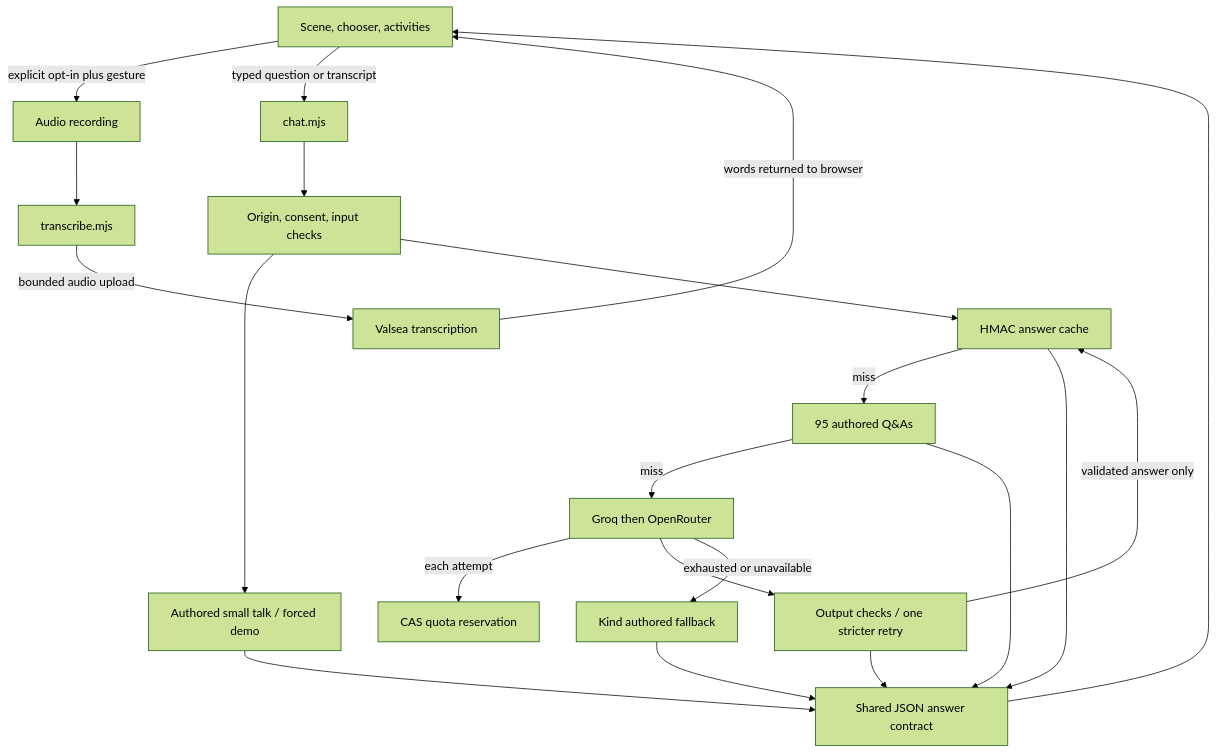
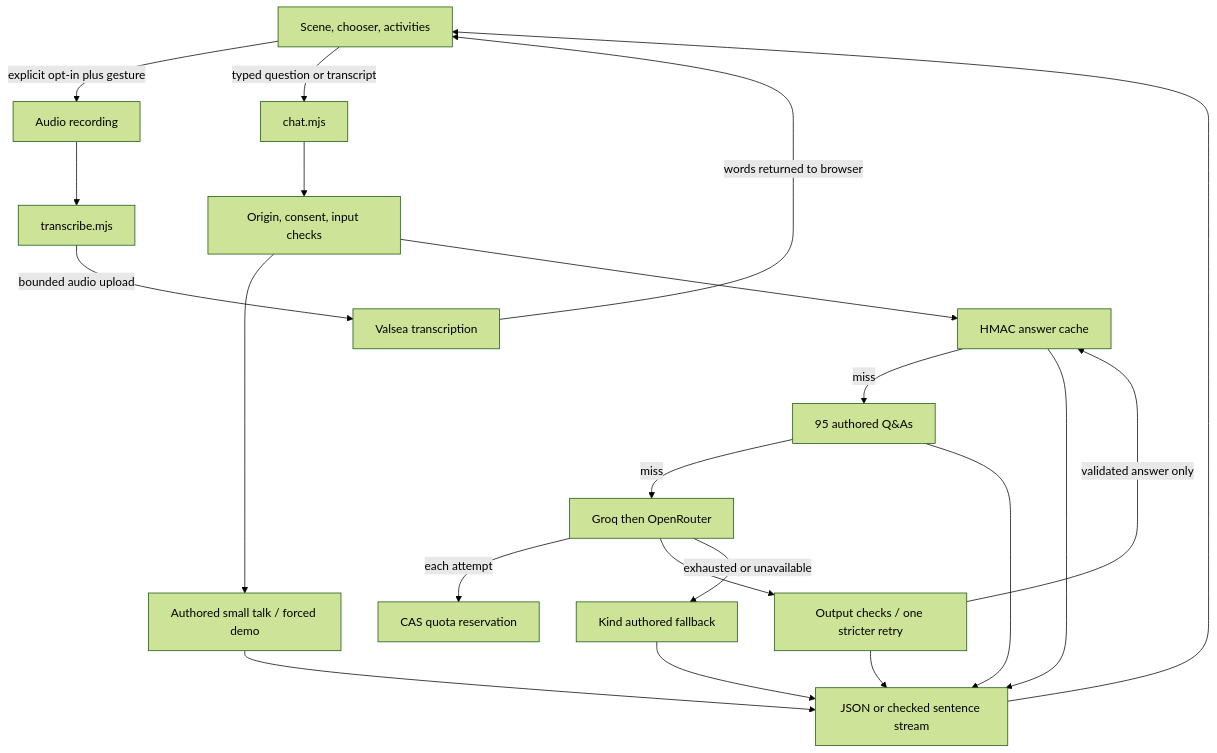
One commit to dkrnr/pokelearnz changed the diagram in ARCHITECTURE.md. Above: the diagram before and after it, drawn with Mermaid (forest theme). The commit also changed other lines of this file and 5 other files, not shown here.

````diff
--- a/ARCHITECTURE.md
+++ b/ARCHITECTURE.md
@@ -11,23 +11,23 @@
 ```mermaid
 flowchart TD
   Browser[Scene, chooser, activities] -->|explicit opt-in plus gesture| Audio[Audio recording]
   Audio --> Transcribe[transcribe.mjs]
   Transcribe -->|bounded audio upload| Valsea[Valsea transcription]
   Valsea -->|words returned to browser| Browser
   Browser -->|typed question or transcript| Chat[chat.mjs]
   Chat --> Input[Origin, consent, input checks]
   Input --> Small[Authored small talk / forced demo]
   Input --> Cache[HMAC answer cache]
   Cache -->|miss| Bank[95 authored Q&As]
   Bank -->|miss| Providers[Groq then OpenRouter]
   Providers -->|each attempt| Quota[CAS quota reservation]
   Providers --> Output[Output checks / one stricter retry]
   Output -->|validated answer only| Cache
-  Output --> Reply[Shared JSON answer contract]
+  Output --> Reply[JSON or checked sentence stream]
   Small --> Reply
   Bank --> Reply
   Cache --> Reply
   Providers -->|exhausted or unavailable| Fallback[Kind authored fallback]
   Fallback --> Reply
   Reply --> Browser
 ```
````
